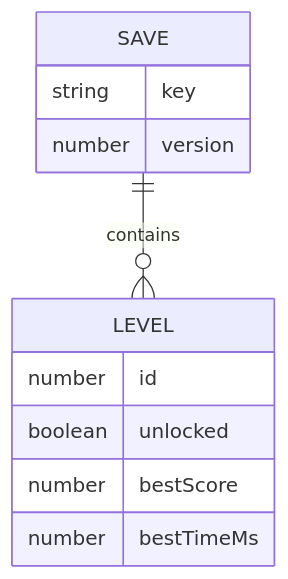
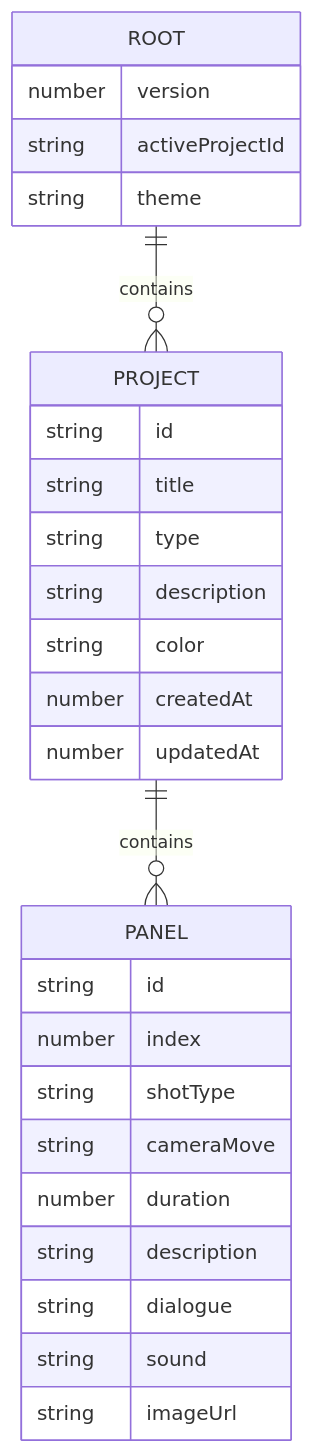
Before and after one commit to woshiabc55/AE: the second of 2 diagrams in .trae/documents/TechnicalArchitecture.md, drawn with Mermaid. The commit also changed other lines of this file and 38 other files, not shown here.

````diff
--- a/.trae/documents/TechnicalArchitecture.md
+++ b/.trae/documents/TechnicalArchitecture.md
@@ -50,14 +46,30 @@
 ```mermaid
 erDiagram
-    SAVE ||--o{ LEVEL : contains
-    SAVE {
-      string key
+    ROOT ||--o{ PROJECT : contains
+    ROOT {
       number version
+      string activeProjectId
+      string theme
     }
-    LEVEL {
-      number id
-      boolean unlocked
-      number bestScore
-      number bestTimeMs
+    PROJECT ||--o{ PANEL : contains
+    PROJECT {
+      string id
+      string title
+      string type
+      string description
+      string color
+      number createdAt
+      number updatedAt
+    }
+    PANEL {
+      string id
+      number index
+      string shotType
+      string cameraMove
+      number duration
+      string description
+      string dialogue
+      string sound
+      string imageUrl
     }
 ```
````
